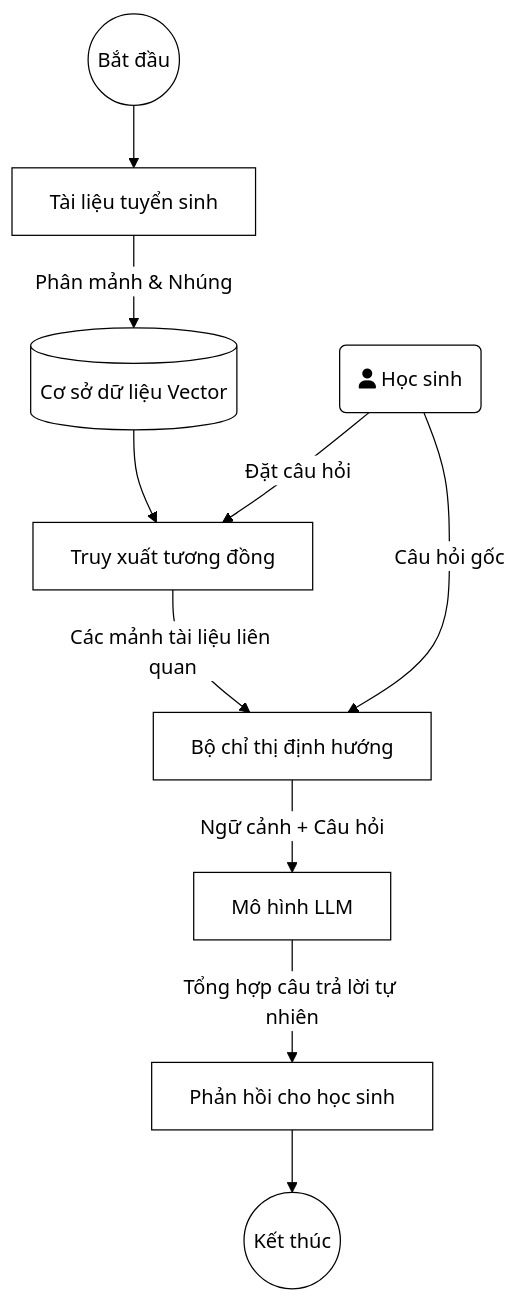
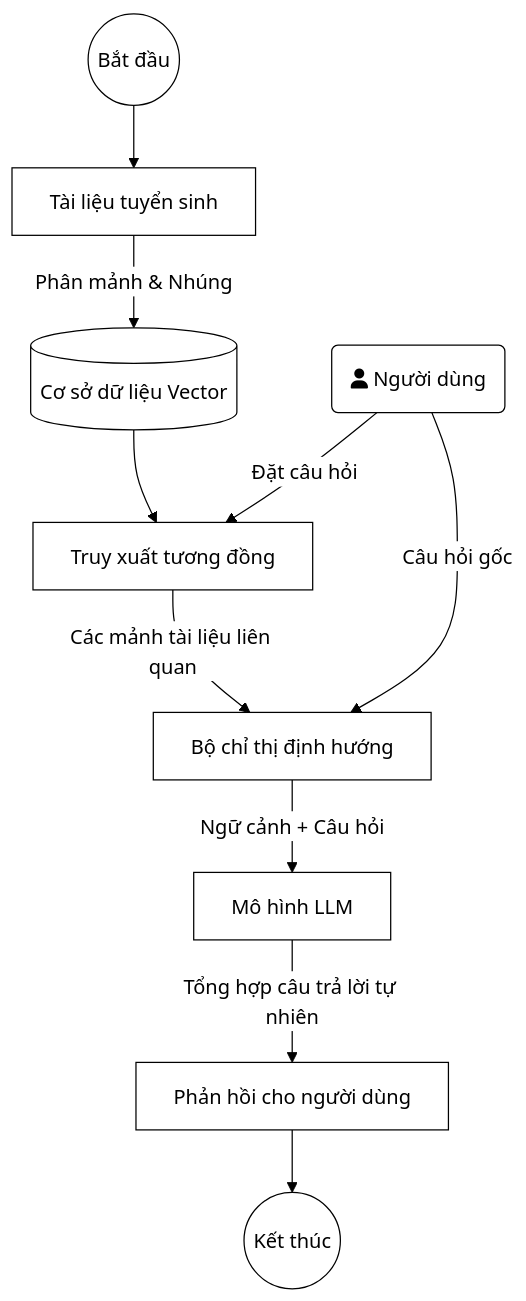
The diagram in Planning/Content/1_Chuong1.md (tranhongs0n/DATN), drawn with Mermaid before and after one commit. The commit also changed other lines of this file, not shown here.

````diff
--- a/Planning/Content/1_Chuong1.md
+++ b/Planning/Content/1_Chuong1.md
@@ -38,13 +38,13 @@
 ```mermaid
 %%{init: {'theme': 'base', 'themeVariables': { 'primaryColor': '#ffffff', 'primaryBorderColor': '#000000', 'primaryTextColor': '#000000', 'lineColor': '#000000', 'background': '#ffffff'}}}%%
 graph TD
     Start((Bắt đầu)) --> A[Tài liệu tuyển sinh]
     A -->|Phân mảnh & Nhúng| B[(Cơ sở dữ liệu Vector)]
-    C(fa:fa-user Học sinh) -->|Đặt câu hỏi| D[Truy xuất tương đồng]
+    C(fa:fa-user Người dùng) -->|Đặt câu hỏi| D[Truy xuất tương đồng]
     B --> D
     D -->|Các mảnh tài liệu liên quan| E[Bộ chỉ thị định hướng]
     C -->|Câu hỏi gốc| E
     E -->|Ngữ cảnh + Câu hỏi| F[Mô hình LLM]
-    F -->|Tổng hợp câu trả lời tự nhiên| G[Phản hồi cho học sinh]
+    F -->|Tổng hợp câu trả lời tự nhiên| G[Phản hồi cho người dùng]
     G --> End((Kết thúc))
 ```
````
